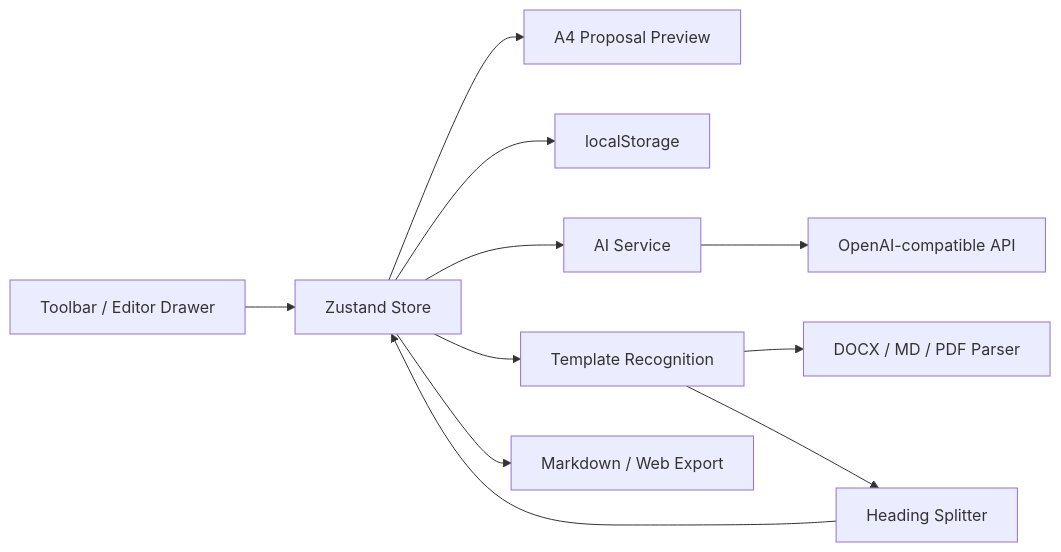
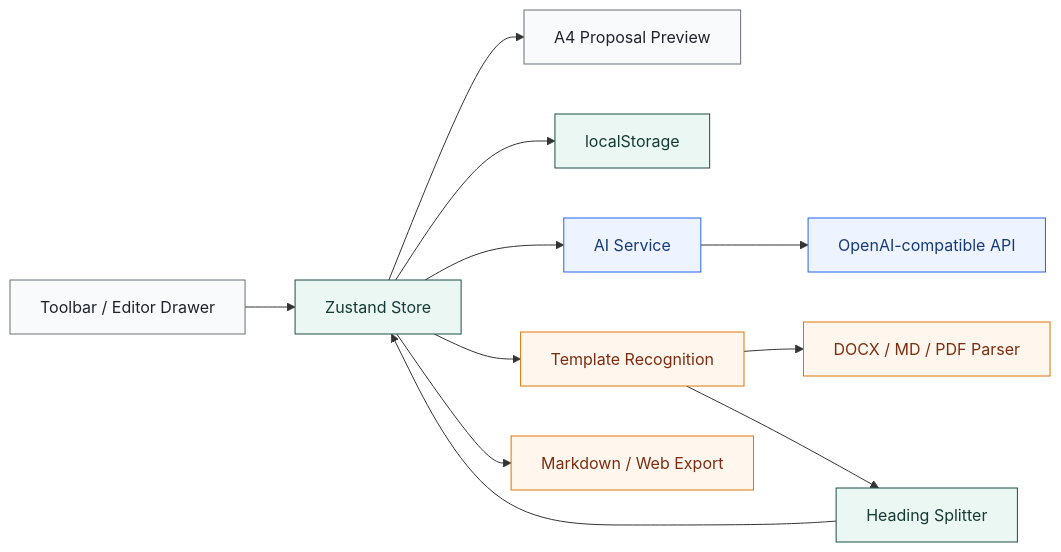
One commit to wym671222-cyber/proposal-writer-demo changed the third of 4 diagrams in README.md. Above: the diagram before and after it, drawn with Mermaid. The commit also changed other lines of this file, not shown here.

````diff
--- a/README.md
+++ b/README.md
@@ -189,14 +279,24 @@
 ```mermaid
 flowchart LR
   UI["Toolbar / Editor Drawer"] --> Store["Zustand Store"]
   Store --> Preview["A4 Proposal Preview"]
   Store --> Local["localStorage"]
   Store --> AI["AI Service"]
   Store --> Recognition["Template Recognition"]
   Store --> Export["Markdown / Web Export"]
 
   AI --> Provider["OpenAI-compatible API"]
   Recognition --> Parser["DOCX / MD / PDF Parser"]
   Recognition --> Splitter["Heading Splitter"]
   Splitter --> Store
+
+  classDef ui fill:#F8FAFC,stroke:#69707A,color:#20242A;
+  classDef state fill:#EAF7F3,stroke:#1D4F46,color:#163B34;
+  classDef ai fill:#EEF4FF,stroke:#2563EB,color:#173B7A;
+  classDef output fill:#FFF7ED,stroke:#D97706,color:#7C2D12;
+
+  class UI,Preview ui;
+  class Store,Local,Splitter state;
+  class AI,Provider ai;
+  class Recognition,Parser,Export output;
 ```
````
